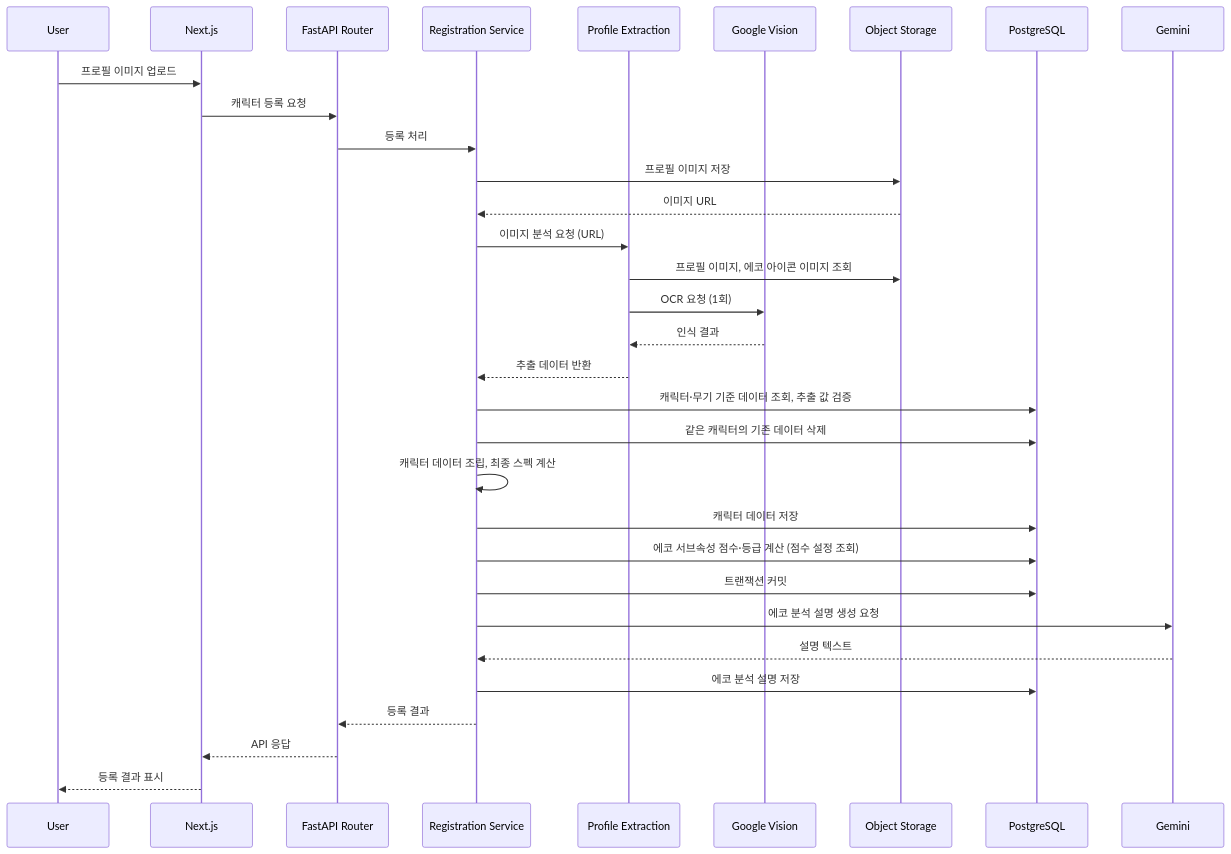
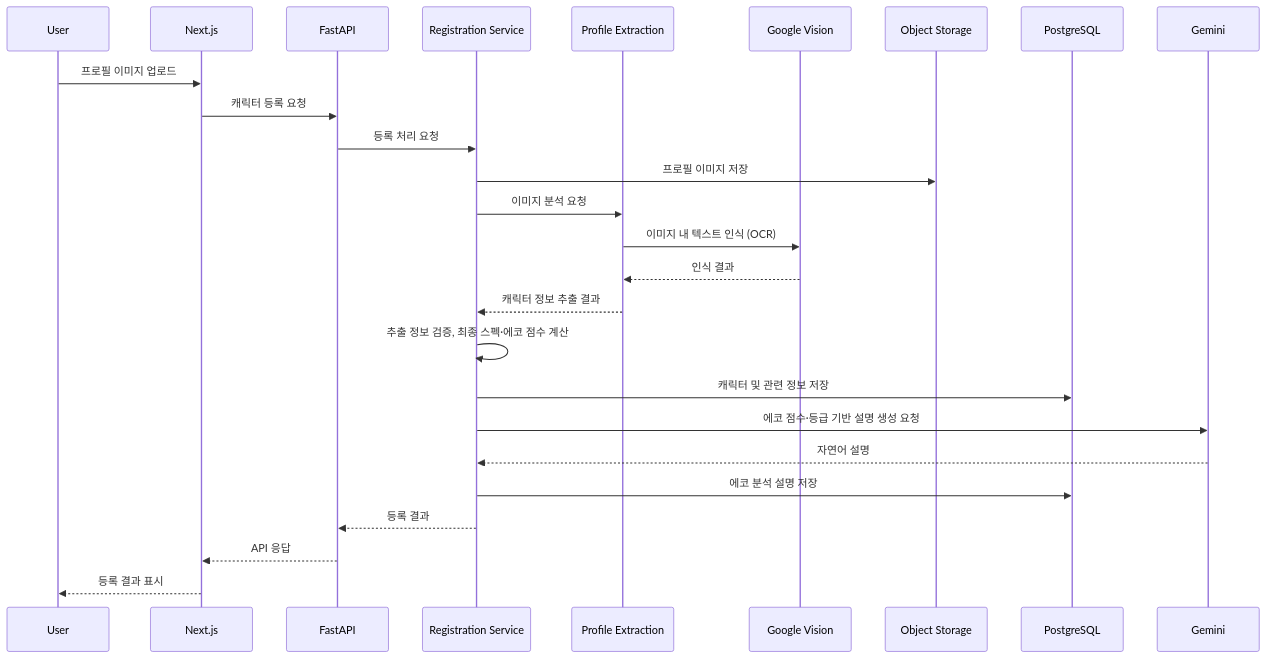
The second of 2 diagrams in README.md (yeon025/WaveSync-BE), drawn with Mermaid before and after one commit. The commit also changed other lines of this file, not shown here.

First line of the commit message:
docs: README 중복 제거 및 등록 흐름 다이어그램 간소화

````diff
--- a/README.md
+++ b/README.md
@@ -132,35 +126,33 @@
 ```mermaid
 sequenceDiagram
     participant U as User
     participant F as Next.js
-    participant R as FastAPI Router
+    participant R as FastAPI
     participant S as Registration Service
     participant P as Profile Extraction
     participant V as Google Vision
     participant O as Object Storage
     participant D as PostgreSQL
     participant G as Gemini
 
     U->>F: 프로필 이미지 업로드
     F->>R: 캐릭터 등록 요청
-    R->>S: 등록 처리
+    R->>S: 등록 처리 요청
+
     S->>O: 프로필 이미지 저장
-    O-->>S: 이미지 URL
-    S->>P: 이미지 분석 요청 (URL)
-    P->>O: 프로필 이미지, 에코 아이콘 이미지 조회
-    P->>V: OCR 요청 (1회)
+    S->>P: 이미지 분석 요청
+    P->>V: 이미지 내 텍스트 인식 (OCR)
     V-->>P: 인식 결과
-    P-->>S: 추출 데이터 반환
-    S->>D: 캐릭터·무기 기준 데이터 조회, 추출 값 검증
-    S->>D: 같은 캐릭터의 기존 데이터 삭제
-    S->>S: 캐릭터 데이터 조립, 최종 스펙 계산
-    S->>D: 캐릭터 데이터 저장
-    S->>D: 에코 서브속성 점수·등급 계산 (점수 설정 조회)
-    S->>D: 트랜잭션 커밋
-    S->>G: 에코 분석 설명 생성 요청
-    G-->>S: 설명 텍스트
+    P-->>S: 캐릭터 정보 추출 결과
+
+    S->>S: 추출 정보 검증, 최종 스펙·에코 점수 계산
+    S->>D: 캐릭터 및 관련 정보 저장
+
+    S->>G: 에코 점수·등급 기반 설명 생성 요청
+    G-->>S: 자연어 설명
     S->>D: 에코 분석 설명 저장
+
     S-->>R: 등록 결과
     R-->>F: API 응답
     F-->>U: 등록 결과 표시
 ```
````
